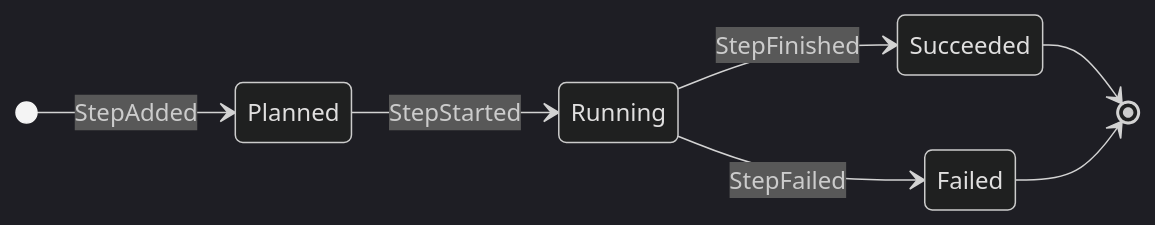
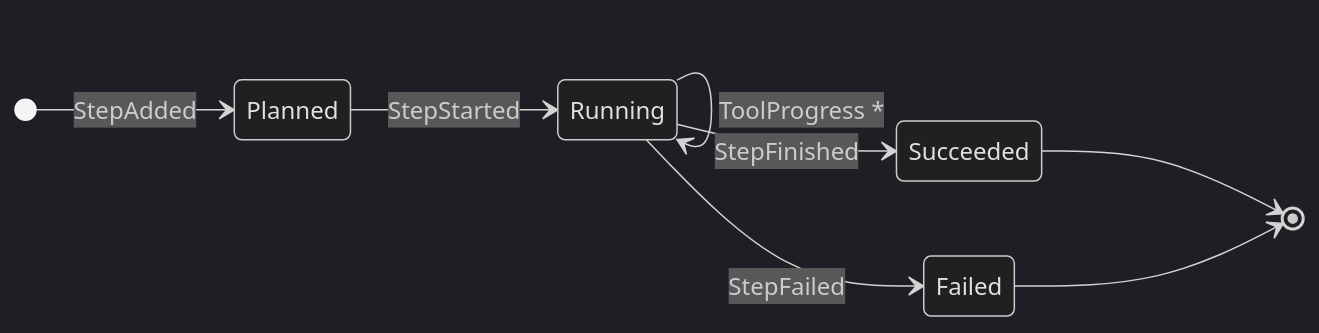
The second of 9 diagrams in book/25_chapter_protocol.md (rust-infra/tact), drawn with Mermaid (dark theme) before and after one commit. The commit also changed other lines of this file and 190 other files, not shown here.

````diff
--- a/book/25_chapter_protocol.md
+++ b/book/25_chapter_protocol.md
@@ -94,10 +104,11 @@
 ```mermaid
 stateDiagram-v2
     direction LR
     [*] --> Planned: StepAdded
     Planned --> Running: StepStarted
+    Running --> Running: ToolProgress *
     Running --> Succeeded: StepFinished
     Running --> Failed: StepFailed
     Succeeded --> [*]
     Failed --> [*]
 ```
````
